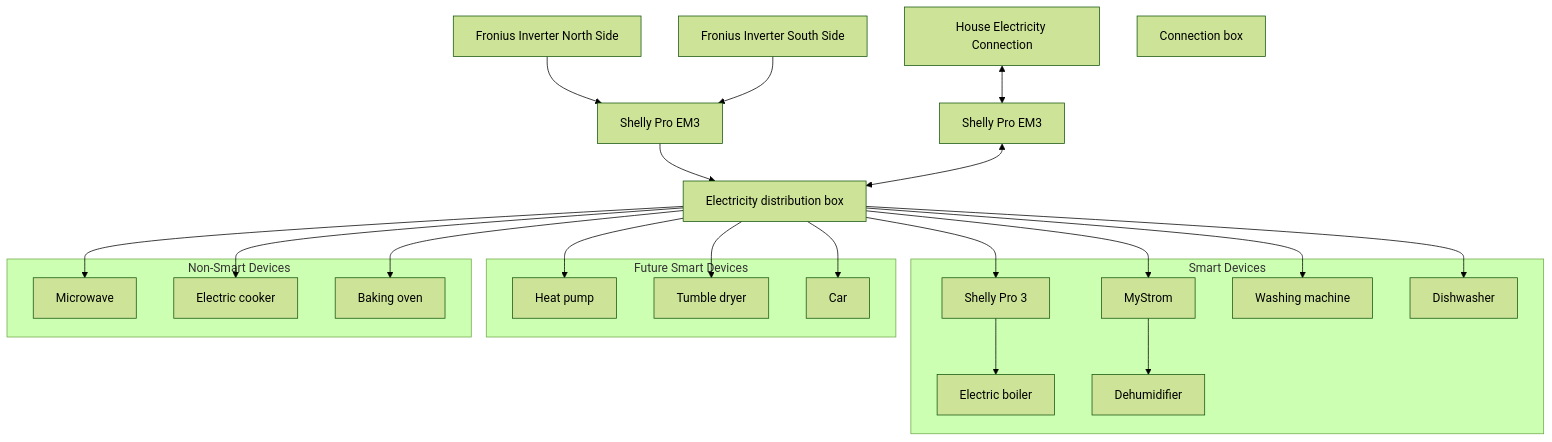
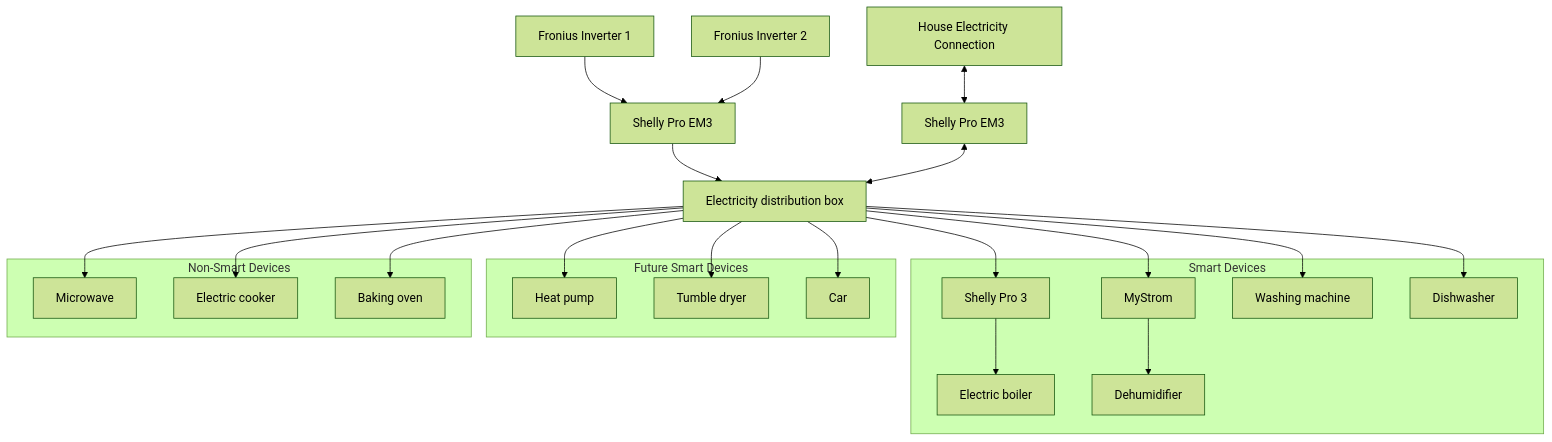
Before and after one commit to hoinmic/pv_openhab: the first of 2 diagrams in README.md, drawn with Mermaid (forest theme).

Commit message:
docs: refactory graphic

````diff
--- a/README.md
+++ b/README.md
@@ -90,70 +90,68 @@
 ```mermaid
 graph TD
-A[Fronius Inverter North Side]
-B[Fronius Inverter South Side]
-C[Shelly Pro EM3]
+Inverter1[Fronius Inverter 1]
+Inverter2[Fronius Inverter 2]
+SHELLYEM3PRO1[Shelly Pro EM3]
 
-F[House Electricity Connection]
-G[Shelly Pro EM3]
+GRID[House Electricity Connection]
+SHELLYEM3PRO2[Shelly Pro EM3]
 
-J[Electricity distribution box]
+DISTRIBUTION[Electricity distribution box]
 
-O[Shelly Pro 3]
-P[Electric boiler]
+SHELLY3PRO[Shelly Pro 3]
+BOILER[Electric boiler]
 
-S[MyStrom]
-T[Dehumidifier]
+MYSTROM[MyStrom]
+DEHUMIDIFIER[Dehumidifier]
 
-U[Heat pump]
+HEATPUMP[Heat pump]
 
-M[Connection box]
-V[Washing machine]
-W[Tumble dryer]
+WASHINGMACHINE[Washing machine]
+TUMBLEDRYER[Tumble dryer]
 
 
-N[Microwave]
-X[Electric cooker]
-Y[Baking oven]
-Z[Dishwasher]
+MICROWAVE[Microwave]
+COOKER[Electric cooker]
+BAKING[Baking oven]
+DISHWASHER[Dishwasher]
 CAR[Car]
 
-A --> C
-B --> C
-C --> J
+Inverter1 --> SHELLYEM3PRO1
+Inverter2 --> SHELLYEM3PRO1
+SHELLYEM3PRO1 --> DISTRIBUTION
 
-F <--> G
-G <--> J
+GRID <--> SHELLYEM3PRO2
+SHELLYEM3PRO2 <--> DISTRIBUTION
 
-J --> O
-J --> S
-J --> V
-J --> Z
+DISTRIBUTION --> SHELLY3PRO
+DISTRIBUTION --> MYSTROM
+DISTRIBUTION --> WASHINGMACHINE
+DISTRIBUTION --> DISHWASHER
 
 subgraph Smart Devices
-    O --> P
-    S --> T
-    V
-    Z
+    SHELLY3PRO --> BOILER
+    MYSTROM --> DEHUMIDIFIER
+    WASHINGMACHINE
+    DISHWASHER
 end
 
-J --> U
-J --> W
-J --> CAR
+DISTRIBUTION --> HEATPUMP
+DISTRIBUTION --> TUMBLEDRYER
+DISTRIBUTION --> CAR
 
 subgraph Future Smart Devices
-    U
-    V
-    W
-    Z
+    HEATPUMP
+    TUMBLEDRYER
+    DISHWASHER
     CAR
 end
 
-J --> N
-J --> X
-J --> Y
+DISTRIBUTION --> MICROWAVE
+DISTRIBUTION --> COOKER
+DISTRIBUTION --> BAKING
 subgraph Non-Smart Devices
-    N
-    X
-    Y
+    MICROWAVE
+    COOKER
+    BAKING
 end
 ```
````
